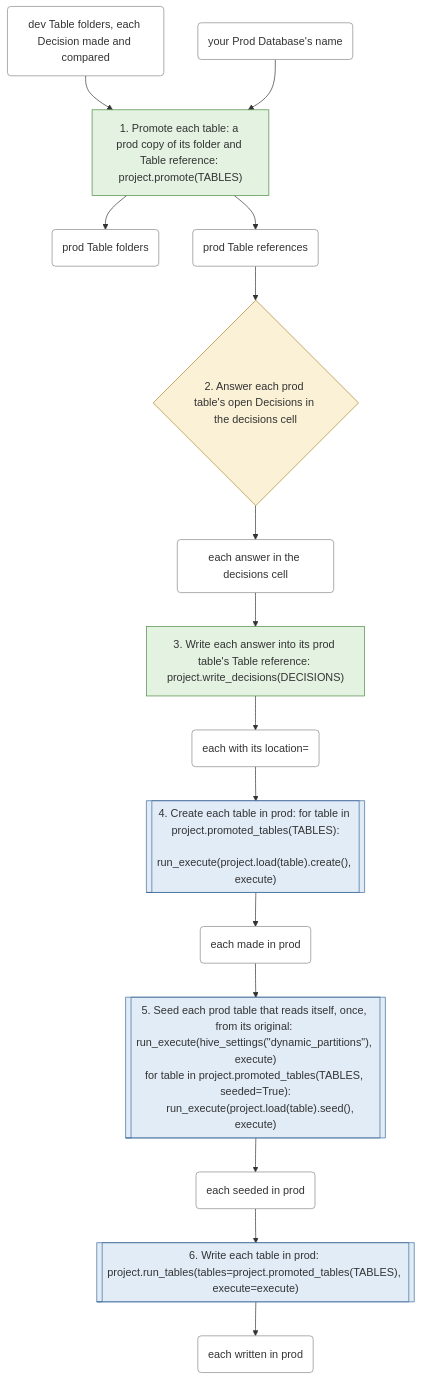
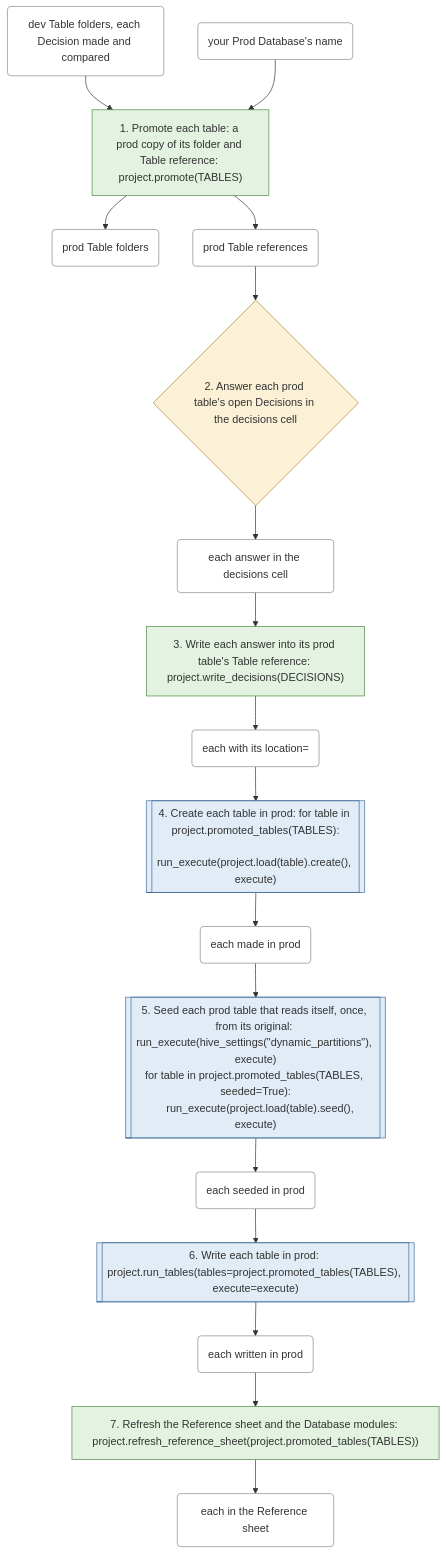
One commit to EdgyPage/SQL-Composer changed the second of 6 diagrams in docs/workflows.md. Above: the diagram before and after it, drawn with Mermaid. The commit also changed other lines of this file and 28 other files, not shown here.

````diff
--- a/docs/workflows.md
+++ b/docs/workflows.md
@@ -77,39 +77,43 @@
 ```mermaid
 flowchart TD
     s0["1. Promote each table: a prod copy of its folder and Table reference: project.promote(TABLES)"]:::files_only
     s1{"2. Answer each prod table's open Decisions in the decisions cell"}:::your_decision
     s2["3. Write each answer into its prod table's Table reference: project.write_decisions(DECISIONS)"]:::files_only
     s3[["4. Create each table in prod: for table in project.promoted_tables(TABLES):
     run_execute(project.load(table).create(), execute)"]]:::warehouse_call
     s4[["5. Seed each prod table that reads itself, once, from its original: run_execute(hive_settings(#quot;dynamic_partitions#quot;), execute)
 for table in project.promoted_tables(TABLES, seeded=True):
     run_execute(project.load(table).seed(), execute)"]]:::warehouse_call
     s5[["6. Write each table in prod: project.run_tables(tables=project.promoted_tables(TABLES), execute=execute)"]]:::warehouse_call
+    s6["7. Refresh the Reference sheet and the Database modules: project.refresh_reference_sheet(project.promoted_tables(TABLES))"]:::files_only
     t0("dev Table folders, each Decision made and compared"):::thing
     t1("your Prod Database's name"):::thing
     t2("prod Table folders"):::thing
     t3("prod Table references"):::thing
     t4("each answer in the decisions cell"):::thing
     t5("each with its location="):::thing
     t6("each made in prod"):::thing
     t7("each seeded in prod"):::thing
     t8("each written in prod"):::thing
+    t9("each in the Reference sheet"):::thing
     t0 --> s0
     t1 --> s0
     s0 --> t2
     s0 --> t3
     t3 --> s1
     s1 --> t4
     t4 --> s2
     s2 --> t5
     t5 --> s3
     s3 --> t6
     t6 --> s4
     s4 --> t7
     t7 --> s5
     s5 --> t8
+    t8 --> s6
+    s6 --> t9
     classDef files_only fill:#e3f2e1,stroke:#4a8a3f
     classDef warehouse_call fill:#e1ecf7,stroke:#3f6a9a
     classDef your_decision fill:#fbf1d6,stroke:#a8842a
     classDef thing fill:#ffffff,stroke:#888888
 ```
````
